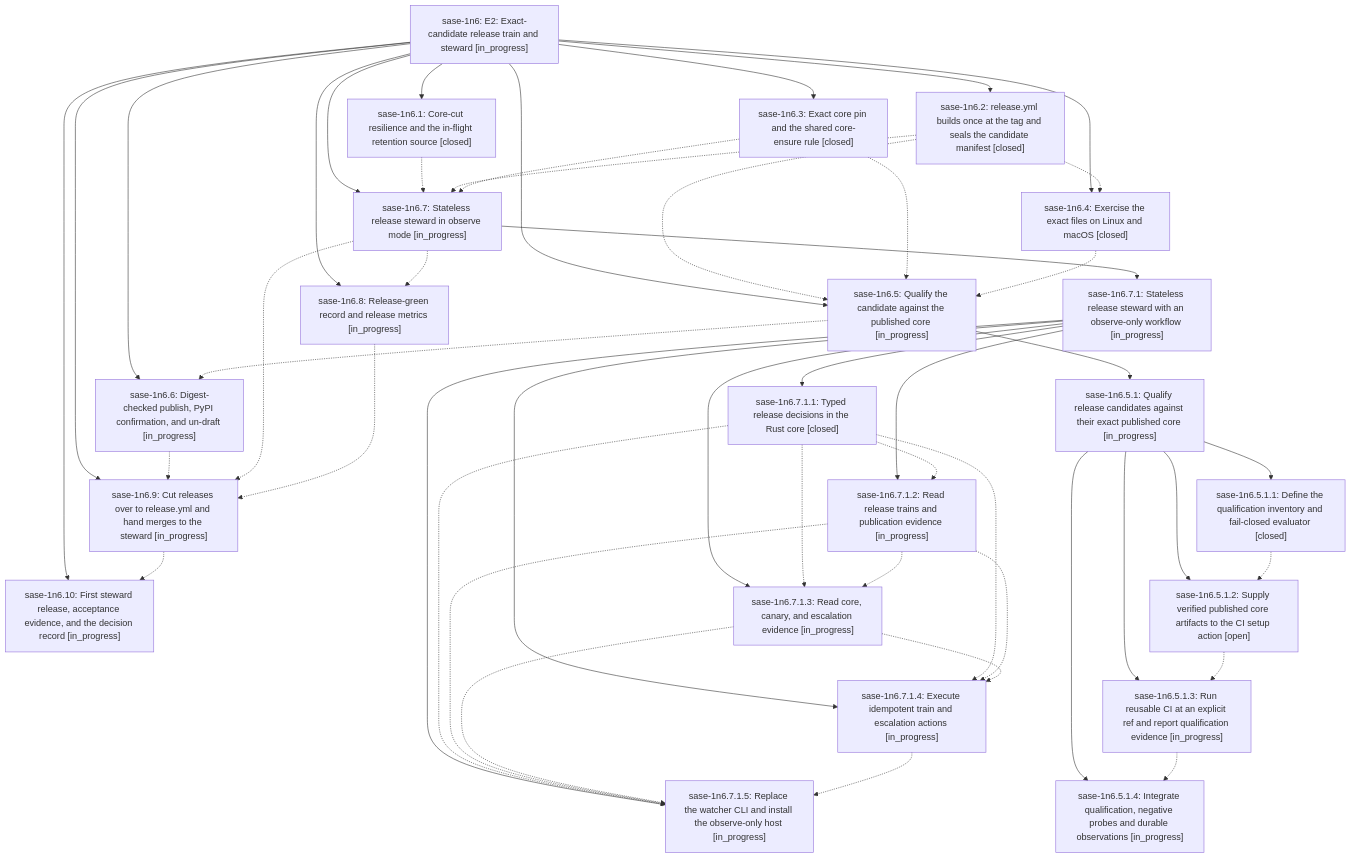
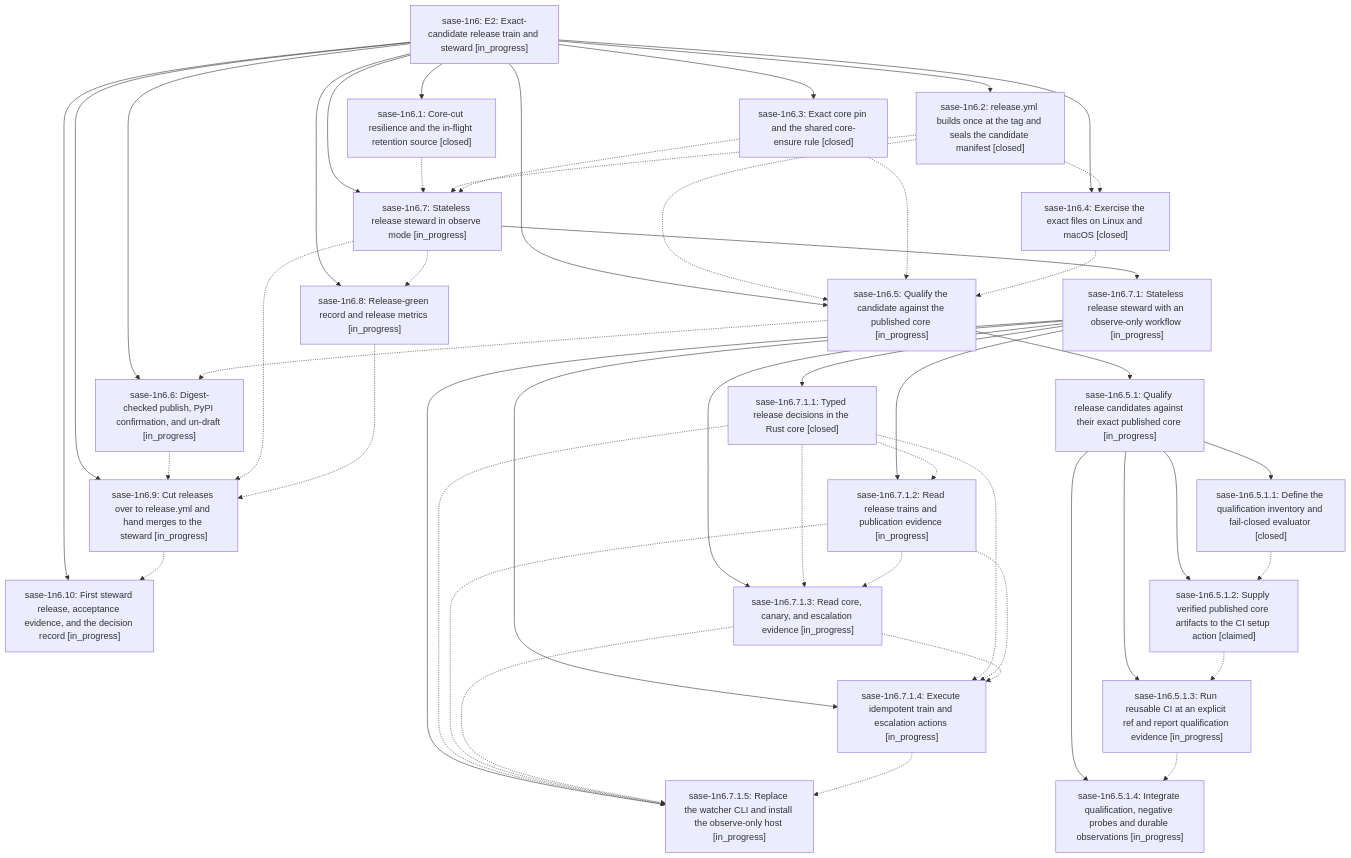
One commit to sase-org/sase--beads changed the diagram in pages/sase-1n6/README.md. Above: the diagram before and after it, drawn with Mermaid. The commit also changed other lines of this file and 6 other files, not shown here.

````diff
--- a/pages/sase-1n6/README.md
+++ b/pages/sase-1n6/README.md
@@ -43,72 +43,72 @@
 ```mermaid
 flowchart TD
     n0["sase-1n6: E2: Exact-candidate release train and steward [in_progress]"]
     n1["sase-1n6.1: Core-cut resilience and the in-flight retention source [closed]"]
     n2["sase-1n6.10: First steward release, acceptance evidence, and the decision record [in_progress]"]
     n3["sase-1n6.2: release.yml builds once at the tag and seals the candidate manifest [closed]"]
     n4["sase-1n6.3: Exact core pin and the shared core-ensure rule [closed]"]
     n5["sase-1n6.4: Exercise the exact files on Linux and macOS [closed]"]
     n6["sase-1n6.5: Qualify the candidate against the published core [in_progress]"]
     n7["sase-1n6.5.1: Qualify release candidates against their exact published core [in_progress]"]
     n8["sase-1n6.5.1.1: Define the qualification inventory and fail-closed evaluator [closed]"]
-    n9["sase-1n6.5.1.2: Supply verified published core artifacts to the CI setup action [open]"]
+    n9["sase-1n6.5.1.2: Supply verified published core artifacts to the CI setup action [claimed]"]
     n10["sase-1n6.5.1.3: Run reusable CI at an explicit ref and report qualification evidence [in_progress]"]
     n11["sase-1n6.5.1.4: Integrate qualification, negative probes and durable observations [in_progress]"]
     n12["sase-1n6.6: Digest-checked publish, PyPI confirmation, and un-draft [in_progress]"]
     n13["sase-1n6.7: Stateless release steward in observe mode [in_progress]"]
     n14["sase-1n6.7.1: Stateless release steward with an observe-only workflow [in_progress]"]
     n15["sase-1n6.7.1.1: Typed release decisions in the Rust core [closed]"]
     n16["sase-1n6.7.1.2: Read release trains and publication evidence [in_progress]"]
     n17["sase-1n6.7.1.3: Read core, canary, and escalation evidence [in_progress]"]
     n18["sase-1n6.7.1.4: Execute idempotent train and escalation actions [in_progress]"]
     n19["sase-1n6.7.1.5: Replace the watcher CLI and install the observe-only host [in_progress]"]
     n20["sase-1n6.8: Release-green record and release metrics [in_progress]"]
     n21["sase-1n6.9: Cut releases over to release.yml and hand merges to the steward [in_progress]"]
     n0 --> n1
     n0 --> n2
     n0 --> n3
     n0 --> n4
     n0 --> n5
     n0 --> n6
     n6 --> n7
     n7 --> n8
     n7 --> n9
     n7 --> n10
     n7 --> n11
     n0 --> n12
     n0 --> n13
     n13 --> n14
     n14 --> n15
     n14 --> n16
     n14 --> n17
     n14 --> n18
     n14 --> n19
     n0 --> n20
     n0 --> n21
     n1 -.-> n13
     n3 -.-> n5
     n3 -.-> n6
     n3 -.-> n13
     n4 -.-> n6
     n4 -.-> n13
     n5 -.-> n6
     n6 -.-> n12
     n8 -.-> n9
     n9 -.-> n10
     n10 -.-> n11
     n12 -.-> n21
     n13 -.-> n20
     n13 -.-> n21
     n15 -.-> n16
     n15 -.-> n17
     n15 -.-> n18
     n15 -.-> n19
     n16 -.-> n17
     n16 -.-> n18
     n16 -.-> n19
     n17 -.-> n18
     n17 -.-> n19
     n18 -.-> n19
     n20 -.-> n21
     n21 -.-> n2
 ```
````
